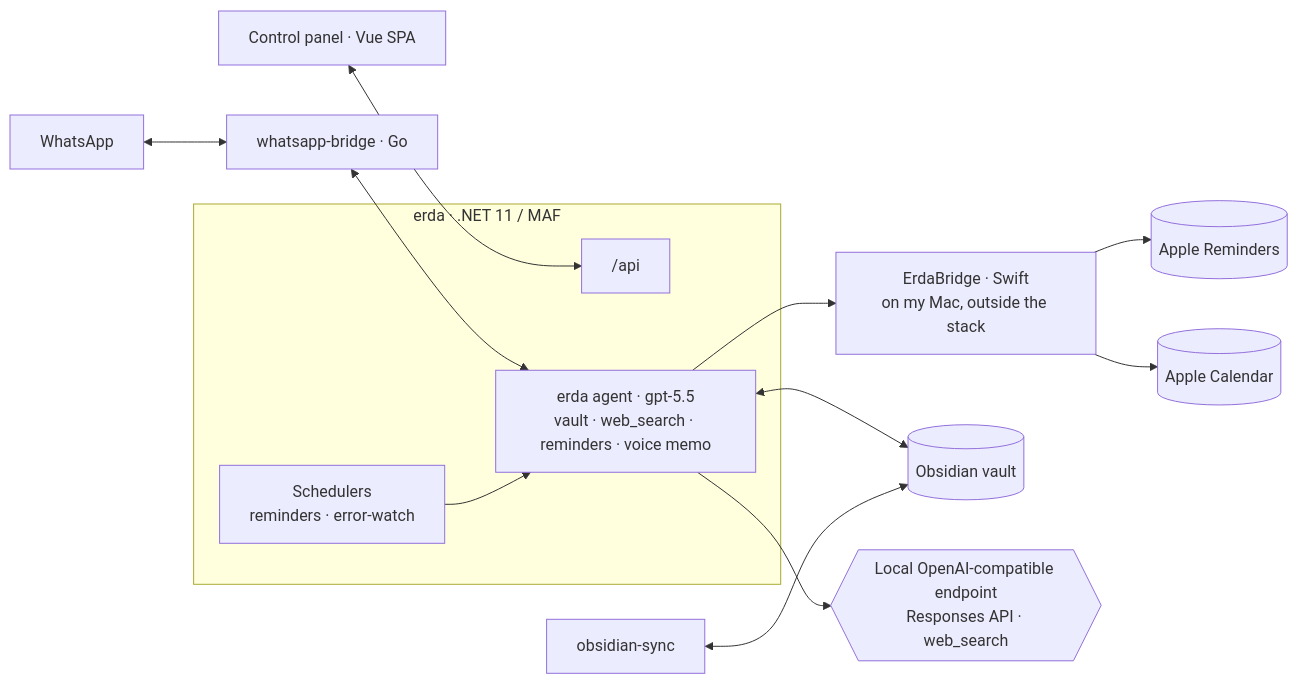
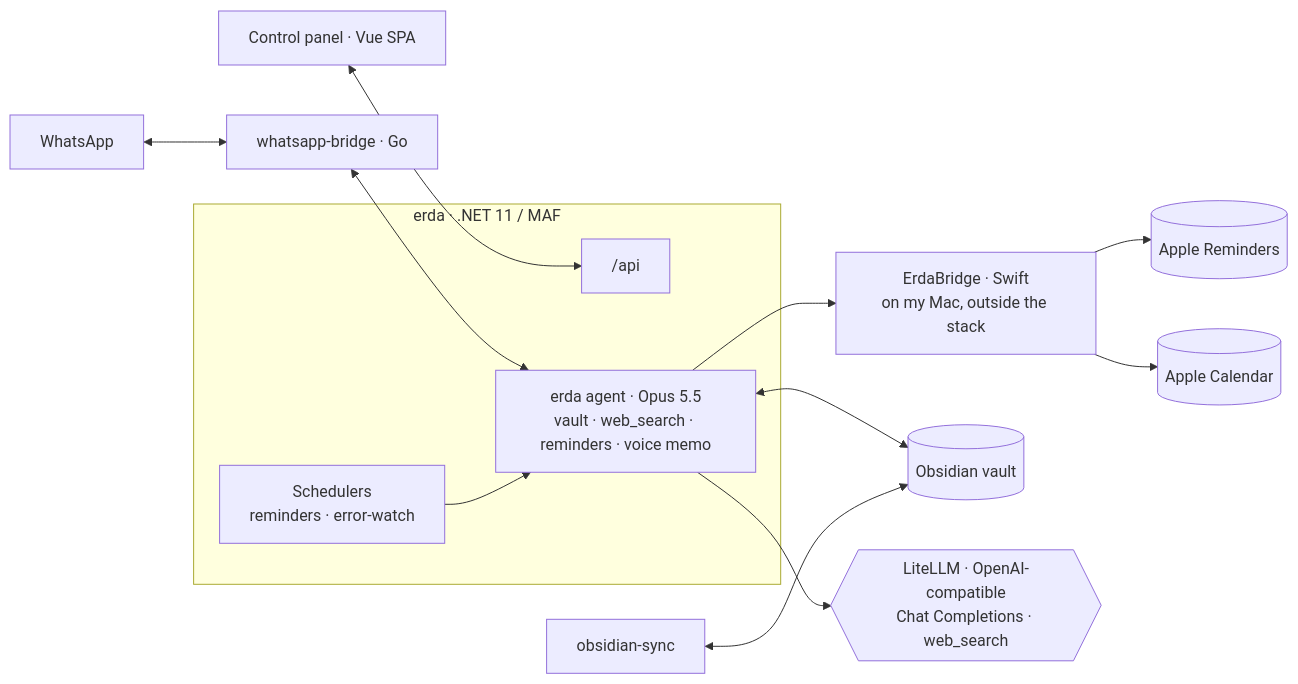
One commit to philphilphil/Erda changed the diagram in README.md. Above: the diagram before and after it, drawn with Mermaid. The commit also changed other lines of this file and 28 other files, not shown here.

````diff
--- a/README.md
+++ b/README.md
@@ -51,20 +51,20 @@
 ```mermaid
 flowchart LR
     wa["WhatsApp"] <--> bridge["whatsapp-bridge · Go"]
     panel["Control panel · Vue SPA"] <--> api["/api"]
 
     subgraph erda["erda · .NET 11 / MAF"]
-      agent["erda agent · gpt-5.5<br/>vault · web_search · reminders · voice memo"]
+      agent["erda agent · Opus 5.5<br/>vault · web_search · reminders · voice memo"]
       sched["Schedulers<br/>reminders · error-watch"]
       api
     end
 
     bridge <--> agent
     sched --> agent
     agent --> mac["ErdaBridge · Swift<br/>on my Mac, outside the stack"]
     mac --> ek[("Apple Reminders")]
     mac --> cal[("Apple Calendar")]
     agent <--> vault[("Obsidian vault")]
     sync["obsidian-sync"] <--> vault
-    agent --> endpoint{{"Local OpenAI-compatible endpoint<br/>Responses API · web_search"}}
+    agent --> endpoint{{"LiteLLM · OpenAI-compatible<br/>Chat Completions · web_search"}}
 ```
````
